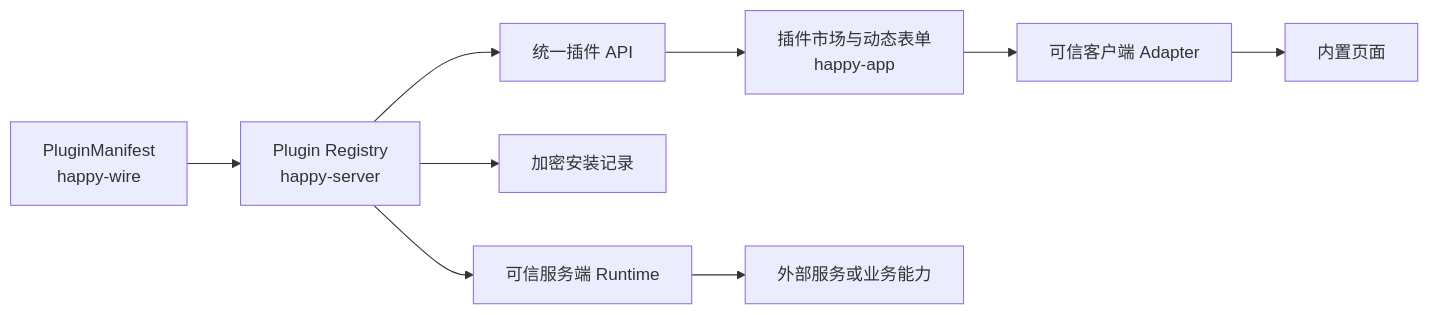
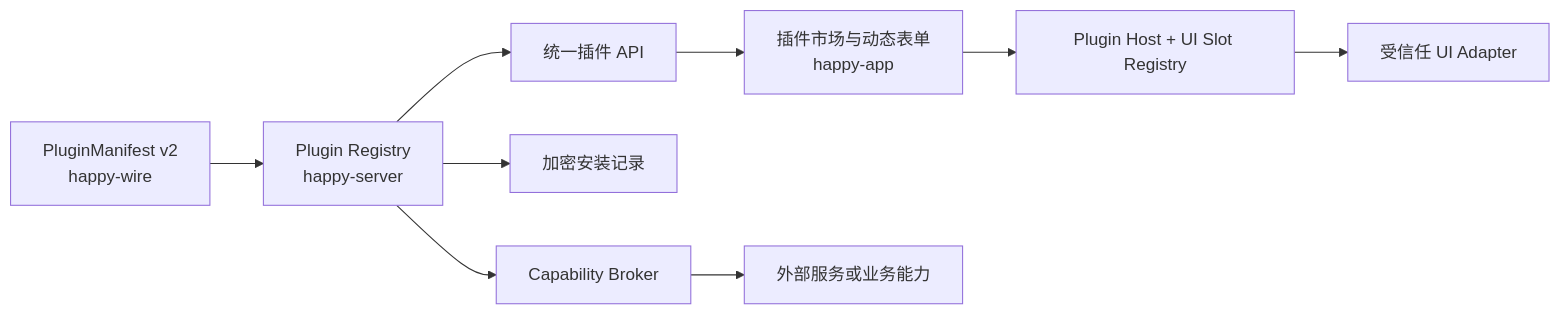
One commit to wangjs-jacky/happy changed the diagram in docs/plugin-development.md. Above: the diagram before and after it, drawn with Mermaid. The commit also changed other lines of this file and 22 other files, not shown here.

Commit message:
feat: add plugin host manifest v2

````diff
--- a/docs/plugin-development.md
+++ b/docs/plugin-development.md
@@ -16,11 +18,11 @@
 ```mermaid
 flowchart LR
-    A[PluginManifest<br/>happy-wire] --> B[Plugin Registry<br/>happy-server]
+    A[PluginManifest v2<br/>happy-wire] --> B[Plugin Registry<br/>happy-server]
     B --> C[统一插件 API]
     C --> D[插件市场与动态表单<br/>happy-app]
     B --> E[加密安装记录]
-    D --> F[可信客户端 Adapter]
-    B --> G[可信服务端 Runtime]
-    F --> H[内置页面]
+    D --> F[Plugin Host + UI Slot Registry]
+    B --> G[Capability Broker]
+    F --> H[受信任 UI Adapter]
     G --> I[外部服务或业务能力]
 ```
````
